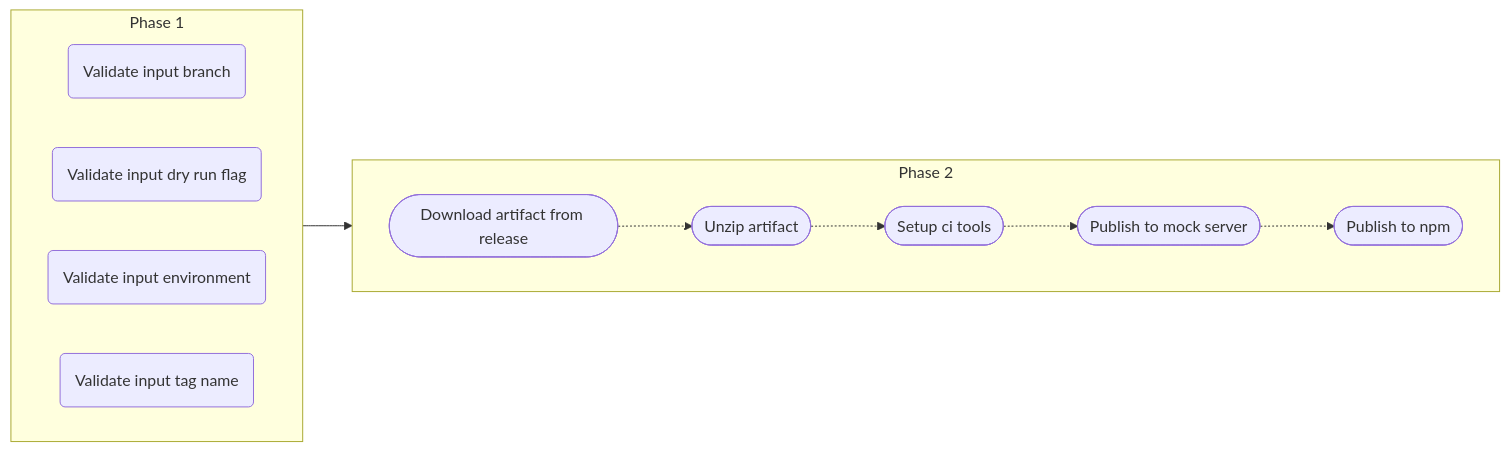
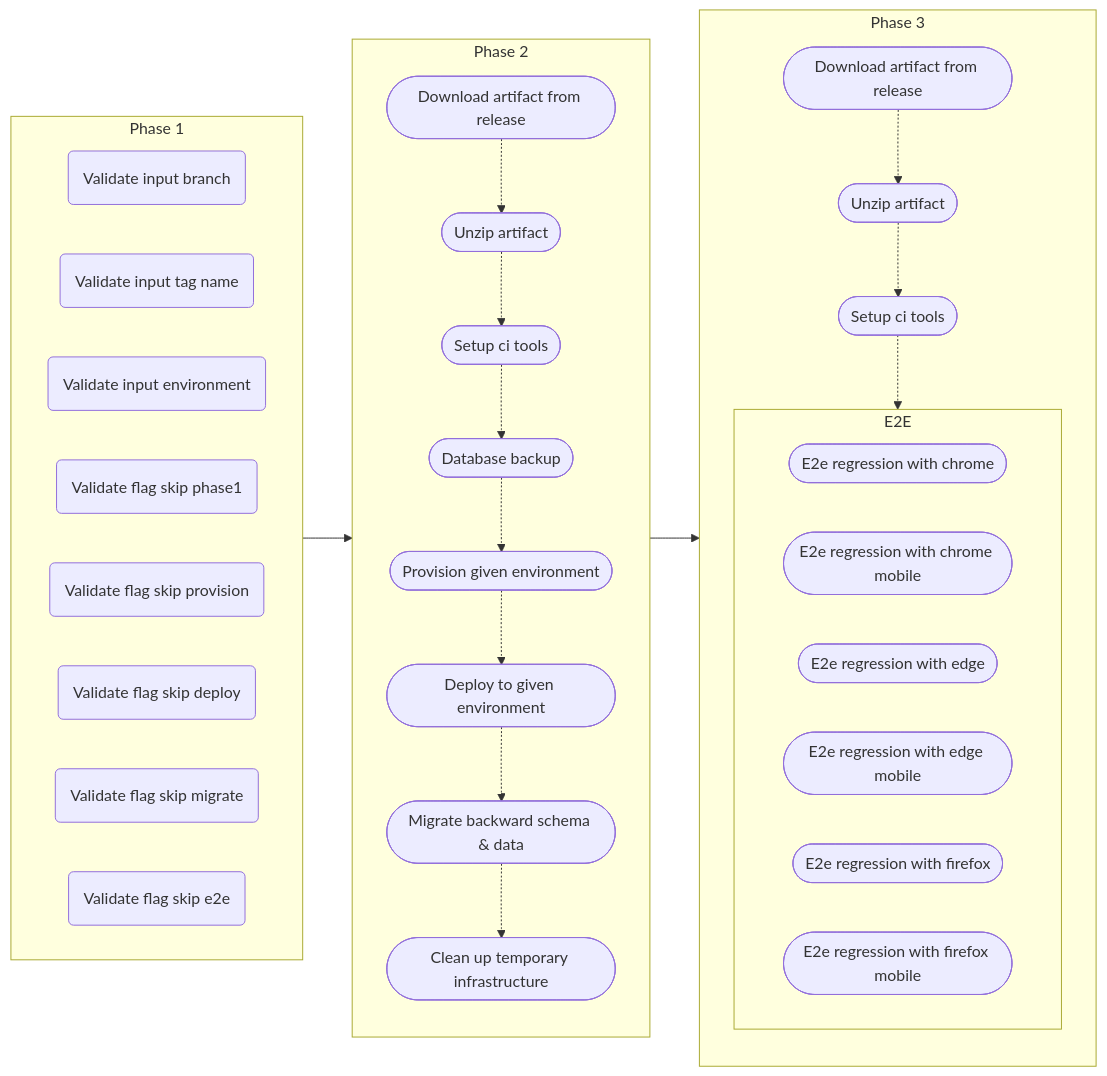
One commit to gnowth/gnowth changed diagram 11 of 11 in docs/pipeline.md. Above: the diagram before and after it, drawn with Mermaid. The commit also changed other lines of this file and 8 other files, not shown here.

Commit message:
docs: pipeline to include environment, cache, release

````diff
--- a/docs/pipeline.md
+++ b/docs/pipeline.md
@@ -250,25 +298,52 @@
 ```mermaid
   flowchart LR
-    ARTIFACTUNPACK([Unzip artifact])
-    ARTIFACTDOWNLOAD([Download artifact from release])
-    STAGE([Publish to mock server])
-    PUBLISH([Publish to npm])
-    SETUP([Setup ci tools])
+    ARTIFACTUNPACK2([Unzip artifact])
+    ARTIFACTUNPACK3([Unzip artifact])
+    ARTIFACTDOWNLOAD2([Download artifact from release])
+    ARTIFACTDOWNLOAD3([Download artifact from release])
+    CLEANUP([Clean up temporary infrastructure])
+    DATABASEBACKUP([Database backup])
+    DATABASEMIGRATE([Migrate backward schema & data])
+    DEPLOY([Deploy to given environment])
+    PROVISION([Provision given environment])
+    SETUP2([Setup ci tools])
+    SETUP3([Setup ci tools])
 
     subgraph PHASE1[Phase 1]
       direction LR
 
       VALIDATEBRANCH(Validate input branch)
-      VALIDATEDRY(Validate input dry run flag)
+      VALIDATETAG(Validate input tag name)
       VALIDATEENVIRONMENT(Validate input environment)
-      VALIDATETAG(Validate input tag name)
+      VALIDATESKIPPHASE1(Validate flag skip phase1)
+      VALIDATESKIPPROVISION(Validate flag skip provision)
+      VALIDATESKIPDEPLOY(Validate flag skip deploy)
+      VALIDATESKIPMIGRATE(Validate flag skip migrate)
+      VALIDATESKIPE2E(Validate flag skip e2e)
     end
 
     subgraph PHASE2[Phase 2]
-      direction LR
+      direction TB
 
-      ARTIFACTDOWNLOAD -.-> ARTIFACTUNPACK -.-> SETUP -.-> STAGE -.-> PUBLISH
+      ARTIFACTDOWNLOAD2 -.-> ARTIFACTUNPACK2 -.-> SETUP2 -.-> DATABASEBACKUP -.-> PROVISION -.-> DEPLOY -.-> DATABASEMIGRATE -.-> CLEANUP
     end
 
-    PHASE1 --> PHASE2
+    subgraph PHASE3[Phase 3]
+      direction TB
+
+      subgraph E2E
+        direction LR
+
+        E2ECHROME([E2e regression with chrome])
+        E2ECHROMEMOBILE([E2e regression with chrome mobile])
+        E2EEDGE([E2e regression with edge])
+        E2EEDGEMOBILE([E2e regression with edge mobile])
+        E2EFIREFOX([E2e regression with firefox])
+        E2EFIREFOXMOBILE([E2e regression with firefox mobile])
+      end
+
+      ARTIFACTDOWNLOAD3 -.-> ARTIFACTUNPACK3 -.-> SETUP3 -.-> E2E
+    end
+
+    PHASE1 --> PHASE2 --> PHASE3
 ```
````
